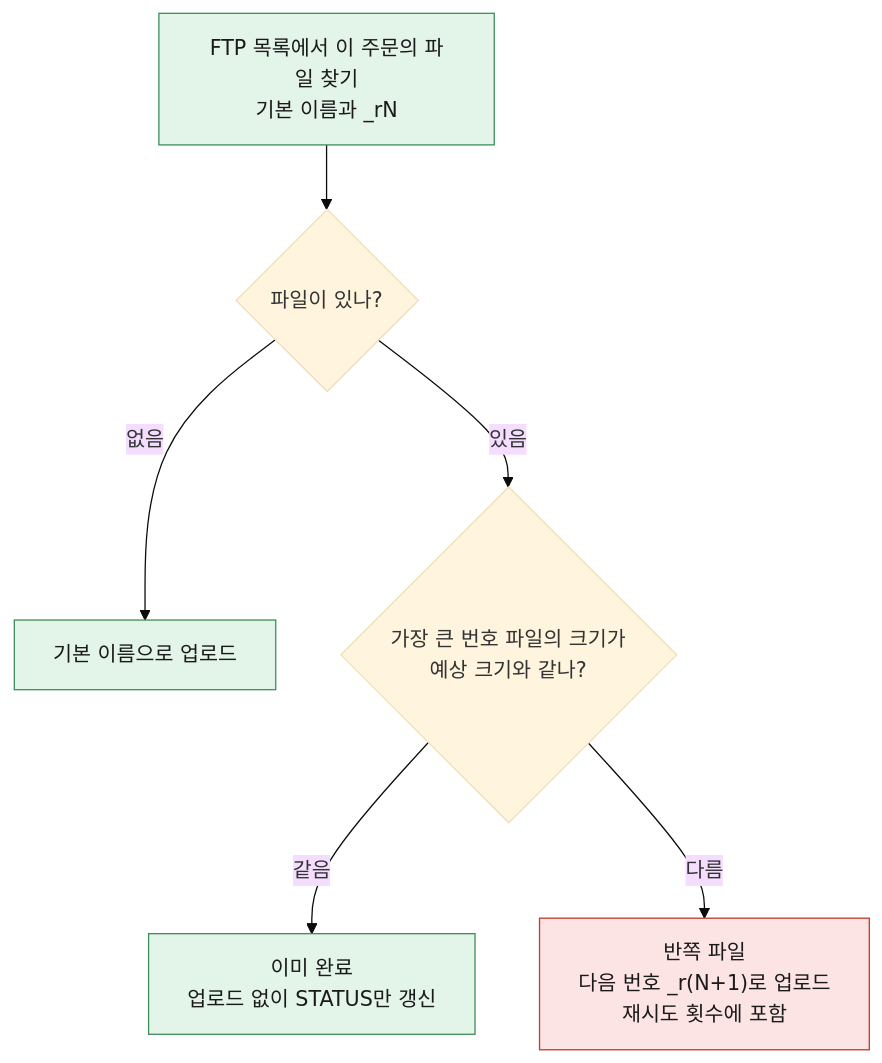
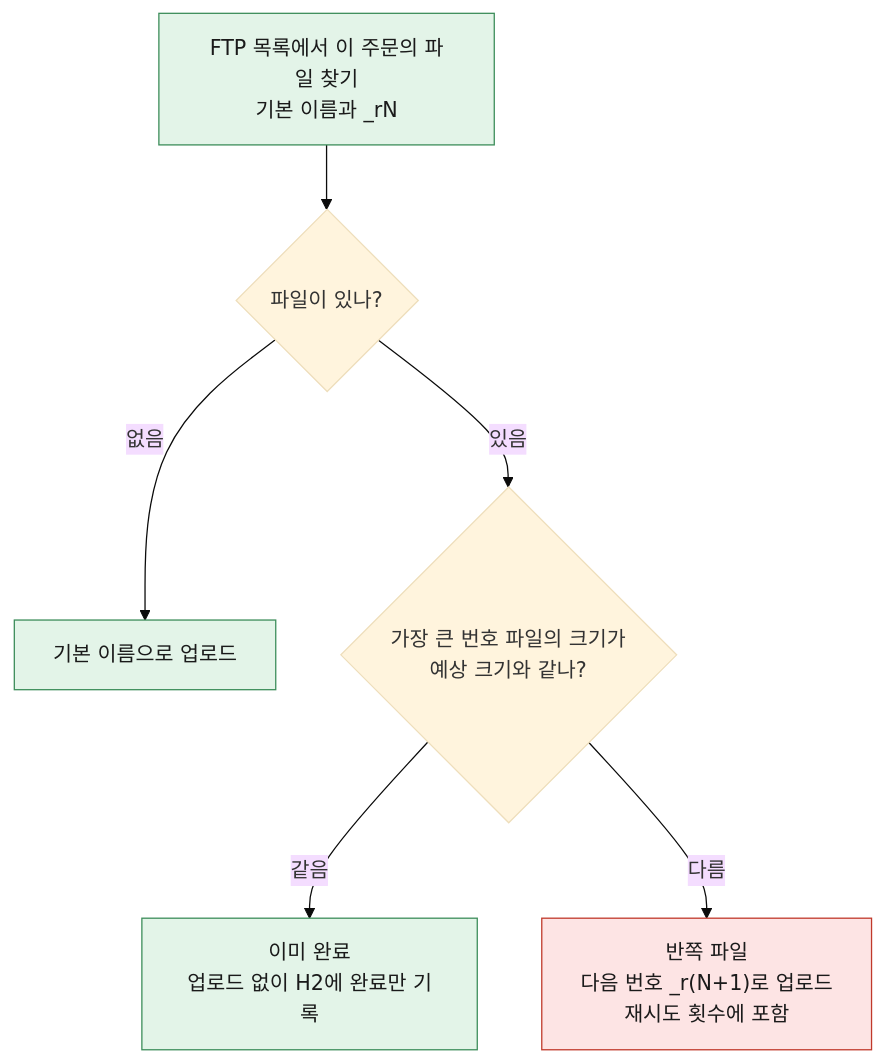
Before and after one commit to milkkwong2/inspien-assignment: the seventh of 21 diagrams in docs/design.md, drawn with Mermaid (base theme). The commit also changed other lines of this file and 2 other files, not shown here.

````diff
--- a/docs/design.md
+++ b/docs/design.md
@@ -568,11 +604,11 @@
 ```mermaid
 flowchart TD
     L[FTP 목록에서 이 주문의 파일 찾기<br/>기본 이름과 _rN]:::app --> Q{파일이 있나?}
     Q -- 없음 --> U0[기본 이름으로 업로드]:::app
     Q -- 있음 --> Z{가장 큰 번호 파일의 크기가<br/>예상 크기와 같나?}
-    Z -- 같음 --> DONE[이미 완료<br/>업로드 없이 STATUS만 갱신]:::app
+    Z -- 같음 --> DONE[이미 완료<br/>업로드 없이 H2에 완료만 기록]:::app
     Z -- 다름 --> UR["반쪽 파일<br/>다음 번호 _r(N+1)로 업로드<br/>재시도 횟수에 포함"]:::fail
 
     classDef app fill:#e3f4e8,stroke:#3c8d5a,color:#1a1a1a
     classDef fail fill:#fde4e4,stroke:#c0392b,color:#1a1a1a
 ```
````
